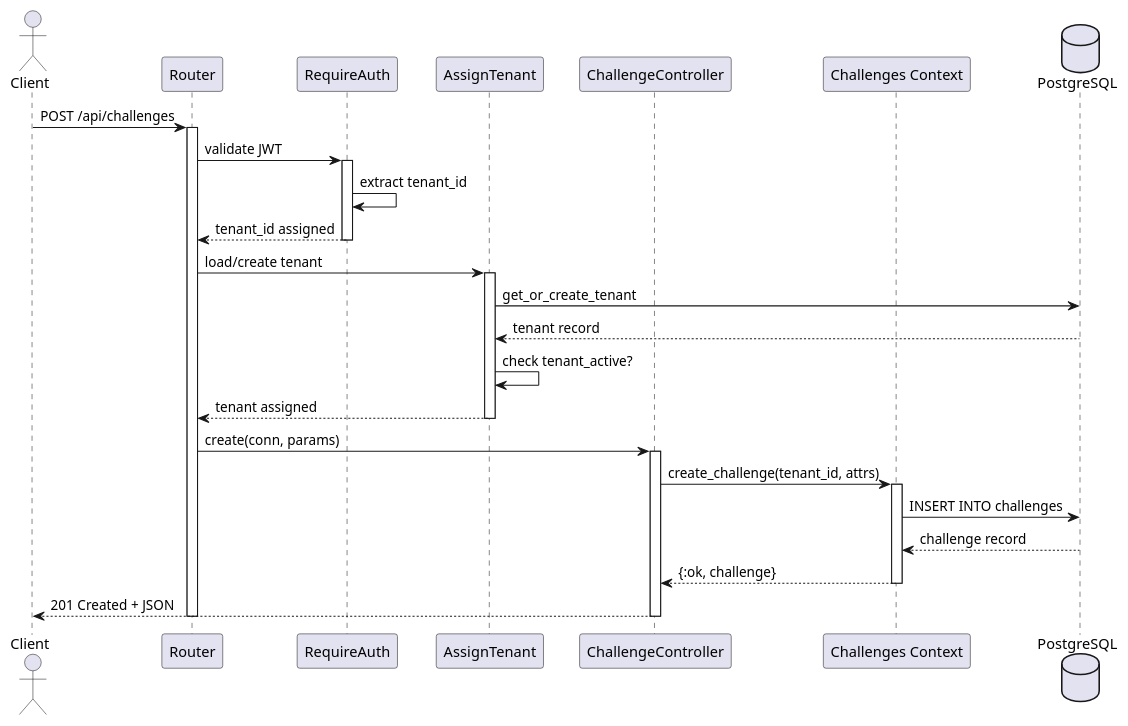
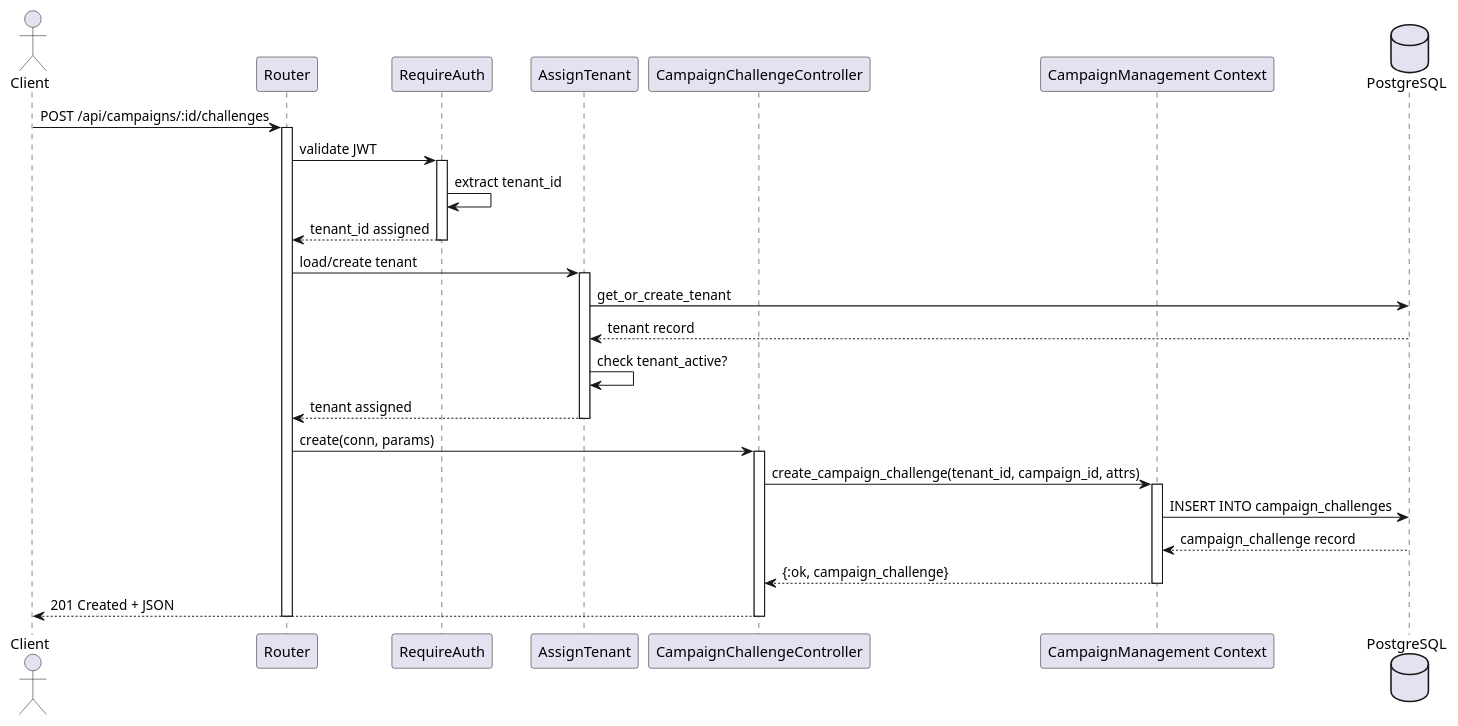
Before and after one commit to LuanDc/rewards_api: the third of 3 diagrams in campaigns_api/.kiro/specs/challenge-system/design.md, drawn with PlantUML. The commit also changed other lines of this file and 24 other files, not shown here.

First line of the commit message:
feat(challenges): implement challenge system with campaign associations

````diff
--- a/campaigns_api/.kiro/specs/challenge-system/design.md
+++ b/campaigns_api/.kiro/specs/challenge-system/design.md
@@ -221,46 +218,46 @@
 ```plantuml
 @startuml Challenge Request Flow
 
 actor "Client" as client
 participant "Router" as router
 participant "RequireAuth" as auth
 participant "AssignTenant" as tenant
-participant "ChallengeController" as controller
-participant "Challenges Context" as context
+participant "CampaignChallengeController" as controller
+participant "CampaignManagement Context" as context
 database "PostgreSQL" as db
 
-client -> router : POST /api/challenges
+client -> router : POST /api/campaigns/:id/challenges
 activate router
 
 router -> auth : validate JWT
 activate auth
 auth -> auth : extract tenant_id
 auth --> router : tenant_id assigned
 deactivate auth
 
 router -> tenant : load/create tenant
 activate tenant
 tenant -> db : get_or_create_tenant
 db --> tenant : tenant record
 tenant -> tenant : check tenant_active?
 tenant --> router : tenant assigned
 deactivate tenant
 
 router -> controller : create(conn, params)
 activate controller
 
-controller -> context : create_challenge(tenant_id, attrs)
+controller -> context : create_campaign_challenge(tenant_id, campaign_id, attrs)
 activate context
 
-context -> db : INSERT INTO challenges
-db --> context : challenge record
+context -> db : INSERT INTO campaign_challenges
+db --> context : campaign_challenge record
 
-context --> controller : {:ok, challenge}
+context --> controller : {:ok, campaign_challenge}
 deactivate context
 
 controller --> client : 201 Created + JSON
 deactivate controller
 deactivate router
 
 @enduml
 ```
````
